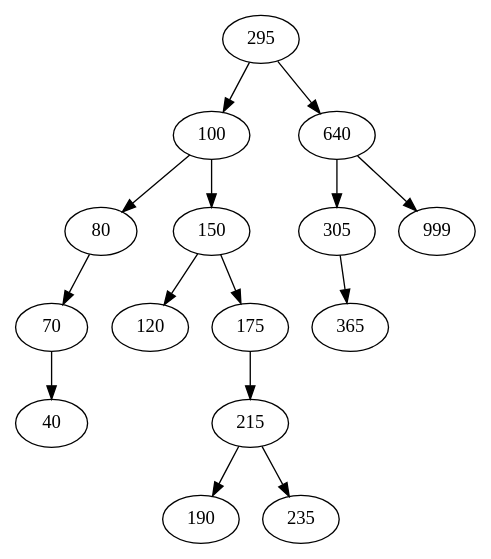
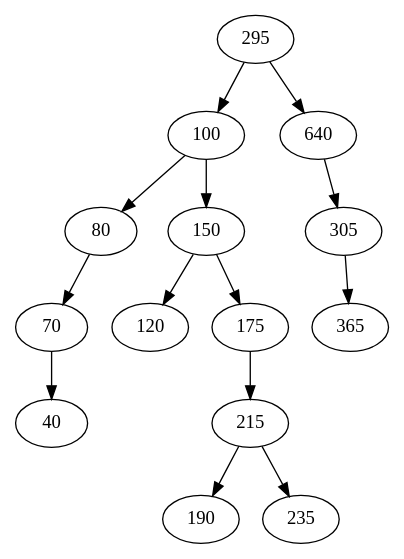
Before and after one commit to Samashoas/202109705_Proyecto_EDD: the diagram in cmake-build-debug/grafica_arbol.dot, drawn with Graphviz. The commit also changed 26 other files, not shown here.

```diff
--- a/cmake-build-debug/grafica_arbol.dot
+++ b/cmake-build-debug/grafica_arbol.dot
@@ -1,2 +1,2 @@
 digraph G { 
-295->100;100->80;80->70;70->40;100->150;150->120;150->175;175->215;215->190;215->235;295->640;640->305;305->365;640->999; }
+295->100;100->80;80->70;70->40;100->150;150->120;150->175;175->215;215->190;215->235;295->640;640->305;305->365; }
```
